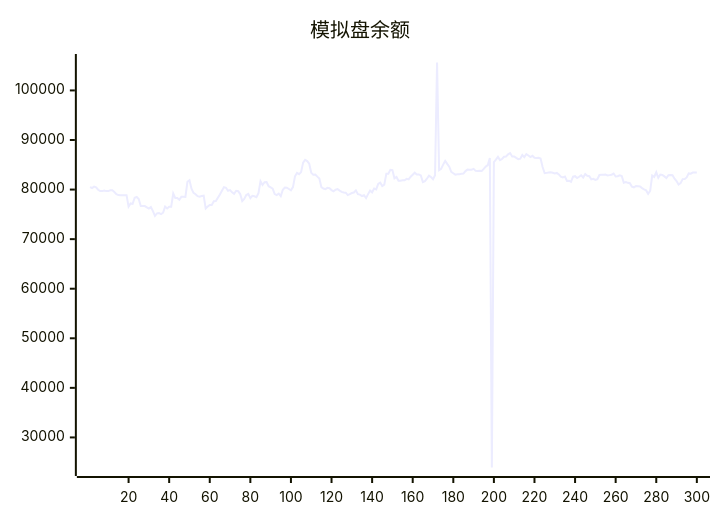
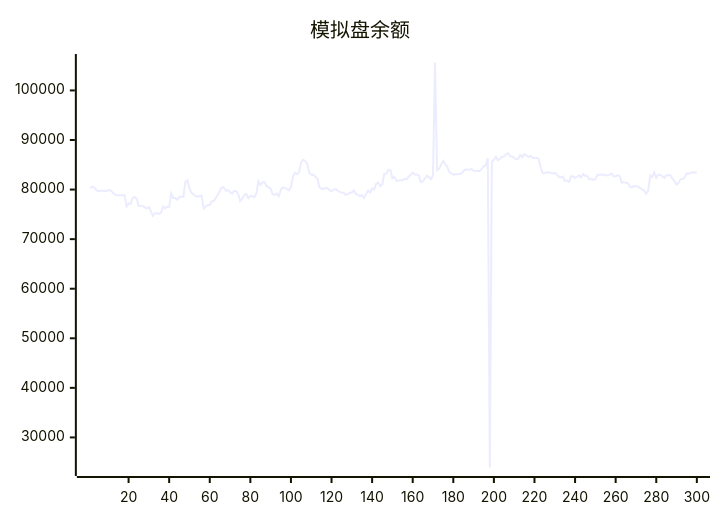
The diagram in README.md (aahl/ai-trading), drawn with Mermaid before and after one commit. The commit also changed other lines of this file and 1 other file, not shown here.

````diff
--- a/README.md
+++ b/README.md
@@ -5,5 +5,5 @@
 ```mermaid
 xychart
     title "模拟盘余额"
-    line [80486,80314,80600,80436,79966,79689,79689,79819,79692,79692,79850,79850,79518,79071,78889,78850,78850,78878,78878,76554,77202,77103,78357,78510,78106,76678,76677,76672,76411,76159,76485,75656,74695,75197,75246,75052,75334,76564,76179,76553,76551,79196,78300,78300,77944,78531,78531,78521,81564,81884,80160,79335,79055,78675,78580,78708,78764,76179,76586,76902,76876,77658,77669,78346,79023,79769,80497,80366,79761,79896,79448,79126,79749,79658,79097,77695,78114,78888,79126,78249,78738,78653,78478,79271,81680,80923,81488,81527,80681,80455,80190,79084,78879,79193,78686,79954,80403,80374,80118,79848,80491,82665,83351,83098,83525,85430,85983,85737,85221,83378,83014,83043,82613,82216,80477,80208,80081,80348,80277,79894,79670,79965,80093,79786,79542,79406,79371,78893,79087,79304,79406,79841,79072,78978,78696,78846,78272,79085,79787,79442,80198,80031,81120,81379,80718,80985,83214,83212,83993,83921,82270,82547,81776,81776,81866,81866,82158,82061,82596,83000,83408,83041,83050,82858,81503,81691,82188,82812,82517,82092,82901,105633,83898,84180,85030,85781,85178,84604,83569,83298,83008,83093,83107,83175,83228,83729,84025,84017,84019,84177,83775,83762,83785,83738,84160,84639,84939,86370,23934,85548,86046,86599,85942,86161,86622,86664,87115,87369,86666,86685,86384,86152,86243,86969,86548,87164,86885,86566,86809,86427,86348,86417,86273,84538,83299,83369,83430,83490,83404,83270,83362,83056,82605,82459,82614,81734,81788,81551,82598,82702,82320,82580,82878,82426,83139,82778,82686,82056,82166,81963,82110,82951,82983,82984,83038,82838,82915,82998,83235,82642,82682,82858,82746,81396,81512,81362,81277,80600,80461,80699,80673,80616,80288,80038,79836,79142,79722,82837,82533,83480,82366,83032,82960,82654,82330,82883,82934,82901,82188,81728,81005,81298,82110,82135,82449,83264,83203,83440,83439,83440]
+    line [80314,80600,80436,79966,79689,79689,79819,79692,79692,79850,79850,79518,79071,78889,78850,78850,78878,78878,76554,77202,77103,78357,78510,78106,76678,76677,76672,76411,76159,76485,75656,74695,75197,75246,75052,75334,76564,76179,76553,76551,79196,78300,78300,77944,78531,78531,78521,81564,81884,80160,79335,79055,78675,78580,78708,78764,76179,76586,76902,76876,77658,77669,78346,79023,79769,80497,80366,79761,79896,79448,79126,79749,79658,79097,77695,78114,78888,79126,78249,78738,78653,78478,79271,81680,80923,81488,81527,80681,80455,80190,79084,78879,79193,78686,79954,80403,80374,80118,79848,80491,82665,83351,83098,83525,85430,85983,85737,85221,83378,83014,83043,82613,82216,80477,80208,80081,80348,80277,79894,79670,79965,80093,79786,79542,79406,79371,78893,79087,79304,79406,79841,79072,78978,78696,78846,78272,79085,79787,79442,80198,80031,81120,81379,80718,80985,83214,83212,83993,83921,82270,82547,81776,81776,81866,81866,82158,82061,82596,83000,83408,83041,83050,82858,81503,81691,82188,82812,82517,82092,82901,105633,83898,84180,85030,85781,85178,84604,83569,83298,83008,83093,83107,83175,83228,83729,84025,84017,84019,84177,83775,83762,83785,83738,84160,84639,84939,86370,23934,85548,86046,86599,85942,86161,86622,86664,87115,87369,86666,86685,86384,86152,86243,86969,86548,87164,86885,86566,86809,86427,86348,86417,86273,84538,83299,83369,83430,83490,83404,83270,83362,83056,82605,82459,82614,81734,81788,81551,82598,82702,82320,82580,82878,82426,83139,82778,82686,82056,82166,81963,82110,82951,82983,82984,83038,82838,82915,82998,83235,82642,82682,82858,82746,81396,81512,81362,81277,80600,80461,80699,80673,80616,80288,80038,79836,79142,79722,82837,82533,83480,82366,83032,82960,82654,82330,82883,82934,82901,82188,81728,81005,81298,82110,82135,82449,83264,83203,83440,83439,83440,83440]
 ```
````
